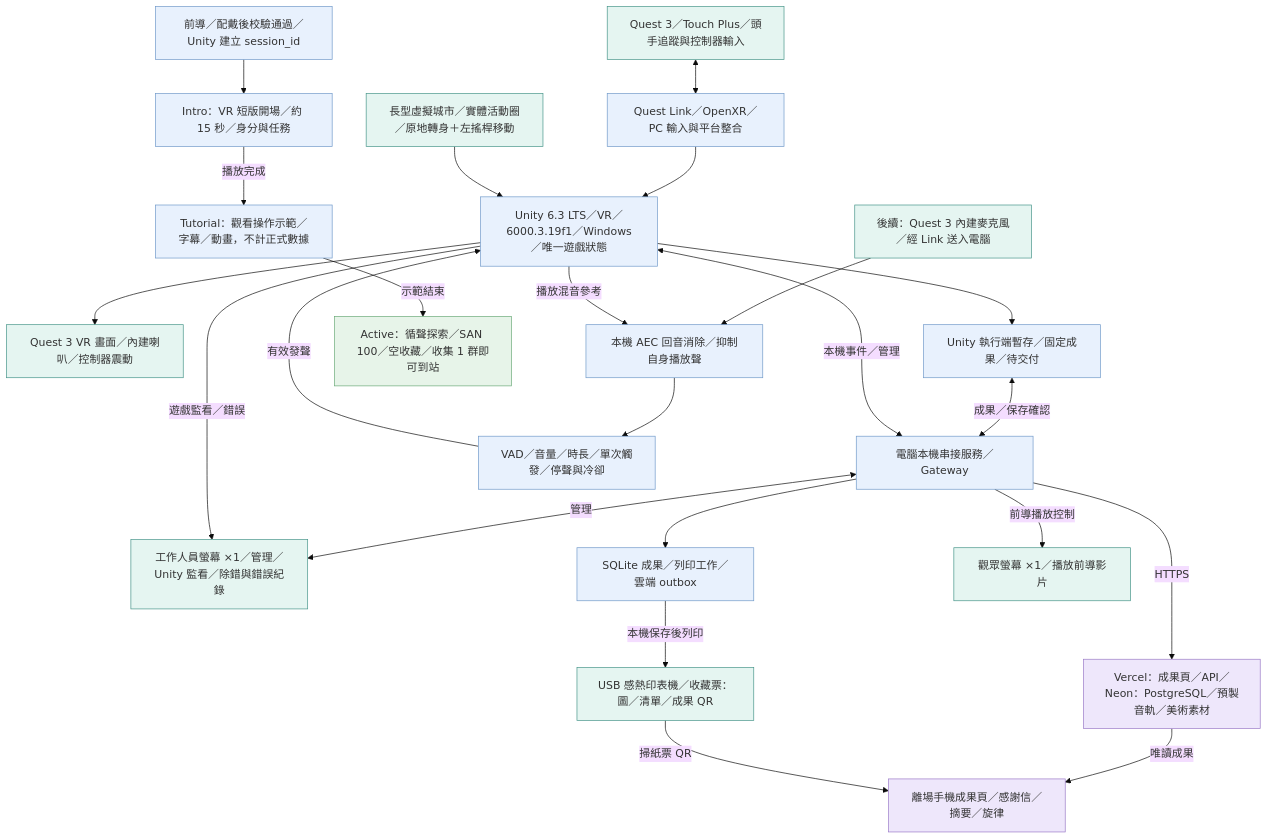
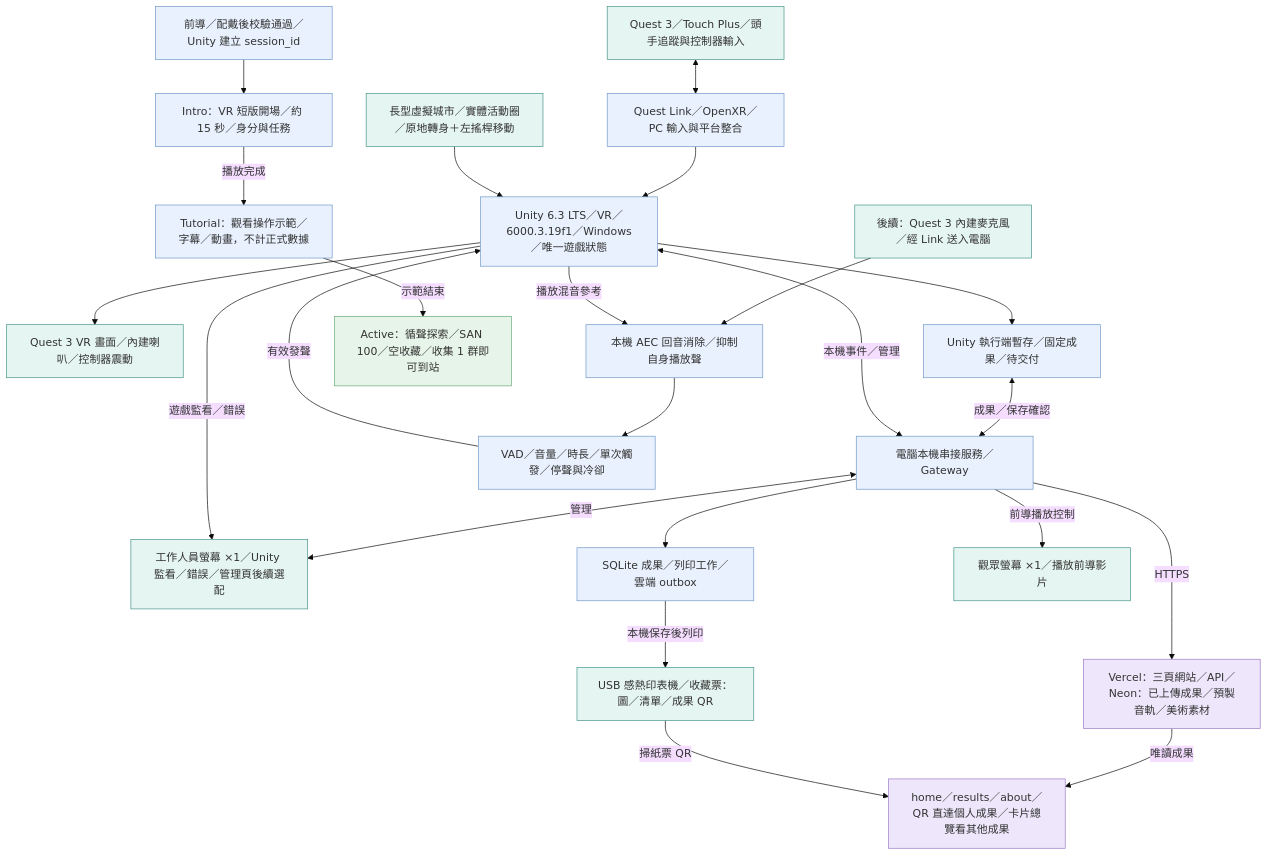
The first of 5 diagrams in docs/docs_vr/技術流程圖.md (fengyenchia/dctProject), drawn with Mermaid (base theme) before and after one commit. The commit also changed other lines of this file and 42 other files, not shown here.

````diff
--- a/docs/docs_vr/技術流程圖.md
+++ b/docs/docs_vr/技術流程圖.md
@@ -45,65 +45,65 @@
 ```mermaid
 flowchart TD
   quest["Quest 3／Touch Plus／頭手追蹤與控制器輸入"]
   xr["Quest Link／OpenXR／PC 輸入與平台整合"]
   room["長型虛擬城市／實體活動圈／原地轉身＋左搖桿移動"]
   mic["後續：Quest 3 內建麥克風／經 Link 送入電腦"]
   unity["Unity 6.3 LTS／VR／6000.3.19f1／Windows／唯一遊戲狀態"]
   output["Quest 3 VR 畫面／內建喇叭／控制器震動"]
   localPending["Unity 執行端暫存／固定成果／待交付"]
   gateway["電腦本機串接服務／Gateway"]
-  admin["工作人員螢幕 ×1／管理／Unity 監看／除錯與錯誤紀錄"]
+  admin["工作人員螢幕 ×1／Unity 監看／錯誤／管理頁後續選配"]
   sqlite["SQLite 成果／列印工作／雲端 outbox"]
-  cloud["Vercel：成果頁／API／Neon：PostgreSQL／預製音軌／美術素材"]
-  phone["離場手機成果頁／感謝信／摘要／旋律"]
+  cloud["Vercel：三頁網站／API／Neon：已上傳成果／預製音軌／美術素材"]
+  phone["home／results／about／QR 直達個人成果／卡片總覽看其他成果"]
   aec["本機 AEC 回音消除／抑制自身播放聲"]
   voiceGate["VAD／音量／時長／單次觸發／停聲與冷卻"]
   ticketPrinter["USB 感熱印表機／收藏票：圖／清單／成果 QR"]
   visitorDisplay["觀眾螢幕 ×1／播放前導影片"]
   sessionEntry["前導／配戴後校驗通過／Unity 建立 session_id"]
   vrIntro["Intro：VR 短版開場／約 15 秒／身分與任務"]
   vrTutorial["Tutorial：觀看操作示範／字幕／動畫，不計正式數據"]
   exploreActive["Active：循聲探索／SAN 100／空收藏／收集 1 群即可到站"]
   quest <--> xr
   xr --> unity
   room --> unity
   unity --> output
   unity --> localPending
   localPending <-->|"成果／保存確認"| gateway
   unity <-->|"本機事件／管理"| gateway
   gateway <-->|"管理"| admin
   gateway --> sqlite
   gateway -->|"HTTPS"| cloud
   cloud -->|"唯讀成果"| phone
   mic --> aec
   aec --> voiceGate
   unity -->|"播放混音參考"| aec
   voiceGate -->|"有效發聲"| unity
   sqlite -->|"本機保存後列印"| ticketPrinter
   gateway -->|"前導播放控制"| visitorDisplay
   unity -->|"遊戲監看／錯誤"| admin
   sessionEntry --> vrIntro
   vrIntro -->|"播放完成"| vrTutorial
   vrTutorial -->|"示範結束"| exploreActive
   ticketPrinter -->|"掃紙票 QR"| phone
   style quest fill:#e5f5f1,stroke:#459489
   style xr fill:#e8f1fd,stroke:#7099c9
   style room fill:#e5f5f1,stroke:#459489
   style mic fill:#e5f5f1,stroke:#459489
   style unity fill:#e8f1fd,stroke:#7099c9
   style output fill:#e5f5f1,stroke:#459489
   style localPending fill:#e8f1fd,stroke:#7099c9
   style gateway fill:#e8f1fd,stroke:#7099c9
   style admin fill:#e5f5f1,stroke:#459489
   style sqlite fill:#e8f1fd,stroke:#7099c9
   style cloud fill:#eee7fb,stroke:#9a7ac7
   style phone fill:#eee7fb,stroke:#9a7ac7
   style aec fill:#e8f1fd,stroke:#7099c9
   style voiceGate fill:#e8f1fd,stroke:#7099c9
   style ticketPrinter fill:#e5f5f1,stroke:#459489
   style visitorDisplay fill:#e5f5f1,stroke:#459489
   style sessionEntry fill:#e8f1fd,stroke:#7099c9
   style vrIntro fill:#e8f1fd,stroke:#7099c9
   style vrTutorial fill:#e8f1fd,stroke:#7099c9
   style exploreActive fill:#e7f4e9,stroke:#69a977
 ```
````
